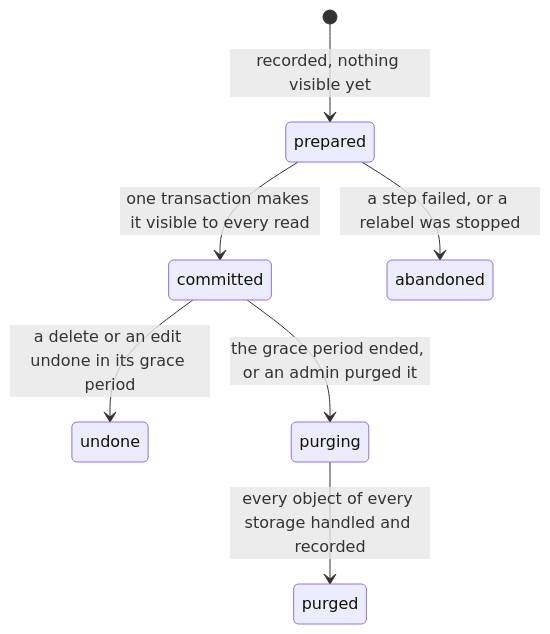
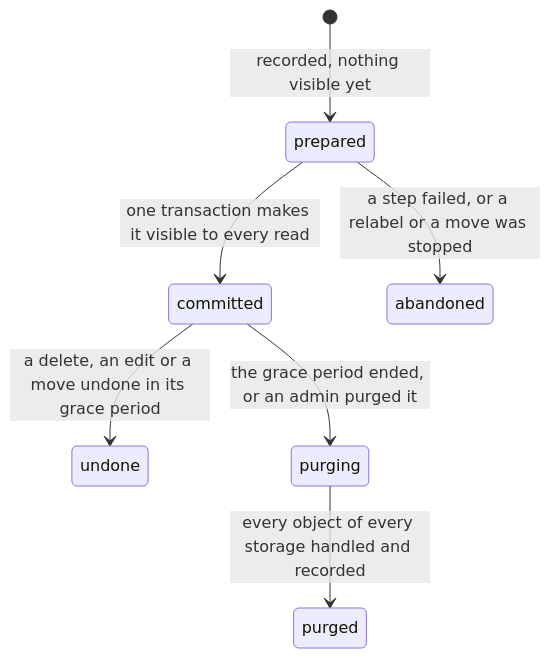
Before and after one commit to amrshadid/nopacs: the diagram in docs/use/correcting.md, drawn with Mermaid. The commit also changed other lines of this file and 82 other files, not shown here.

````diff
--- a/docs/use/correcting.md
+++ b/docs/use/correcting.md
@@ -26,9 +27,9 @@
 ```mermaid
 stateDiagram-v2
     [*] --> prepared: recorded, nothing visible yet
     prepared --> committed: one transaction makes it visible to every read
-    prepared --> abandoned: a step failed, or a relabel was stopped
-    committed --> undone: a delete or an edit undone in its grace period
+    prepared --> abandoned: a step failed, or a relabel or a move was stopped
+    committed --> undone: a delete, an edit or a move undone in its grace period
     committed --> purging: the grace period ended, or an admin purged it
     purging --> purged: every object of every storage handled and recorded
 ```
````
